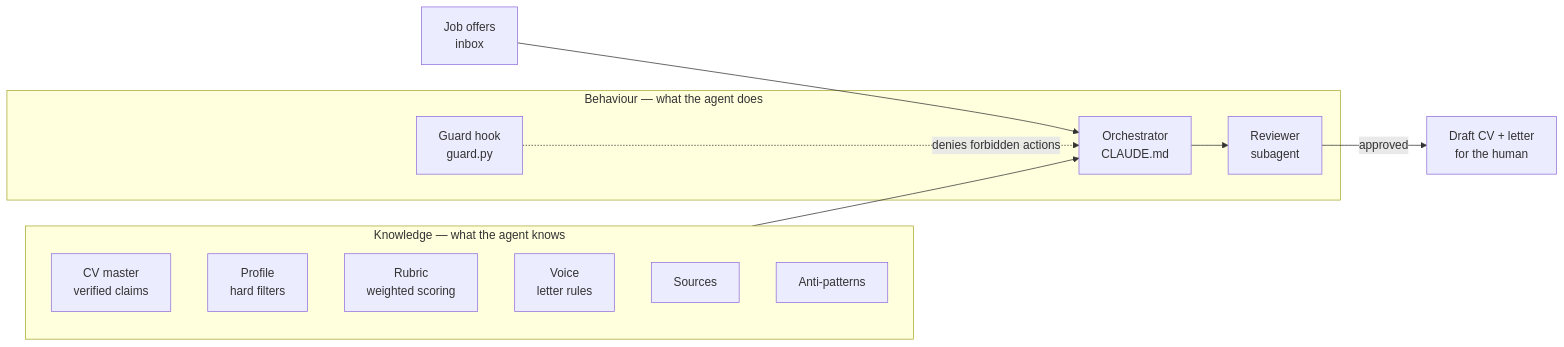
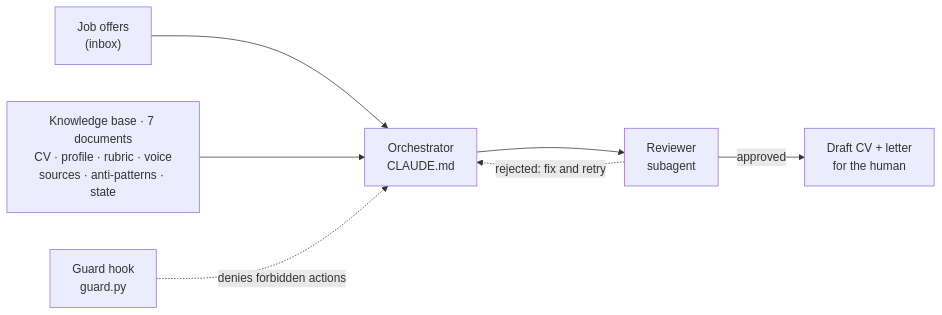
One commit to martiiroma/job-search-agent-demo changed the diagram in README.md. Above: the diagram before and after it, drawn with Mermaid. The commit also changed other lines of this file, not shown here.

Commit message:
Simplify diagram and fix document count

````diff
--- a/README.md
+++ b/README.md
@@ -20,23 +20,9 @@
 ```mermaid
 flowchart LR
-    subgraph Knowledge["Knowledge — what the agent knows"]
-        CV[CV master<br/>verified claims]
-        PR[Profile<br/>hard filters]
-        RU[Rubric<br/>weighted scoring]
-        VO[Voice<br/>letter rules]
-        SO[Sources]
-        AP[Anti-patterns]
-    end
-
-    subgraph Behaviour["Behaviour — what the agent does"]
-        OR[Orchestrator<br/>CLAUDE.md]
-        RV[Reviewer<br/>subagent]
-        HK[Guard hook<br/>guard.py]
-    end
-
-    IN[Job offers<br/>inbox] --> OR
-    Knowledge --> OR
-    OR --> RV
-    RV -->|approved| OUT[Draft CV + letter<br/>for the human]
-    HK -. denies forbidden actions .-> OR
+    IN["Job offers<br/>(inbox)"] --> OR
+    KB["Knowledge base · 7 documents<br/>CV · profile · rubric · voice<br/>sources · anti-patterns · state"] --> OR
+    OR["Orchestrator<br/>CLAUDE.md"] --> RV["Reviewer<br/>subagent"]
+    RV -->|approved| OUT["Draft CV + letter<br/>for the human"]
+    RV -.->|rejected: fix and retry| OR
+    HK["Guard hook<br/>guard.py"] -.->|denies forbidden actions| OR
 ```
````
